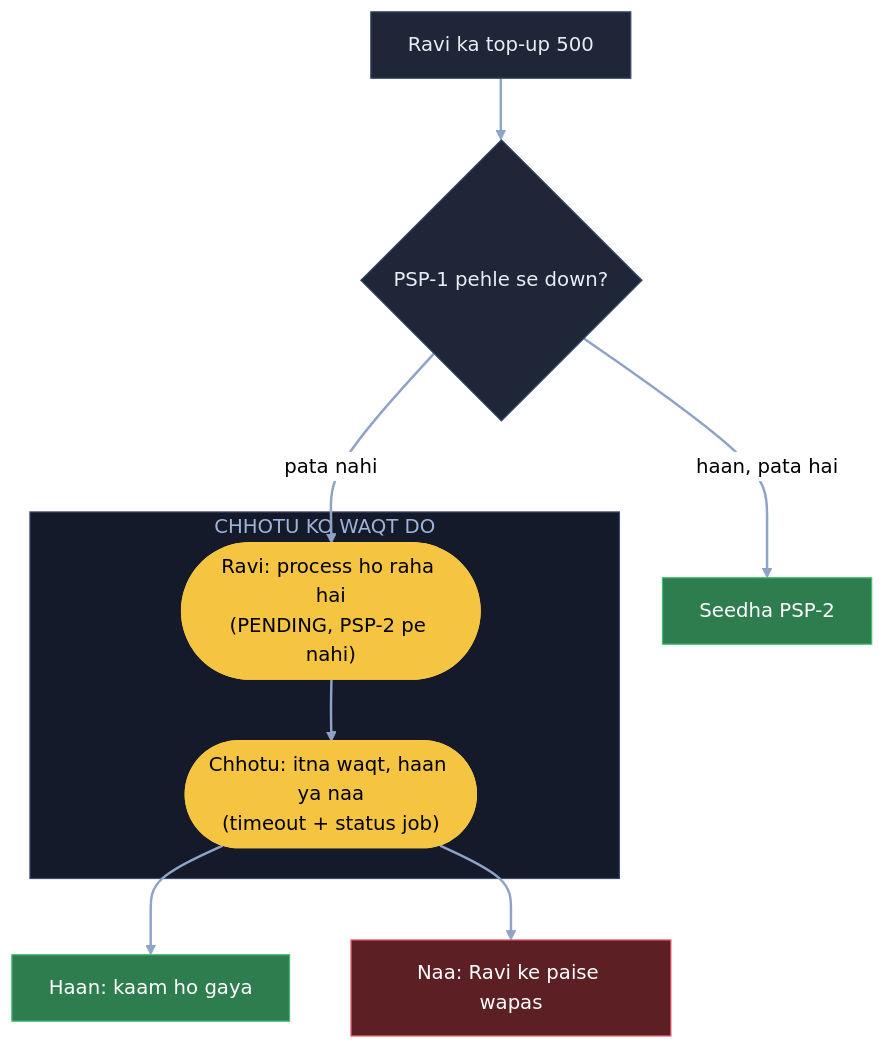
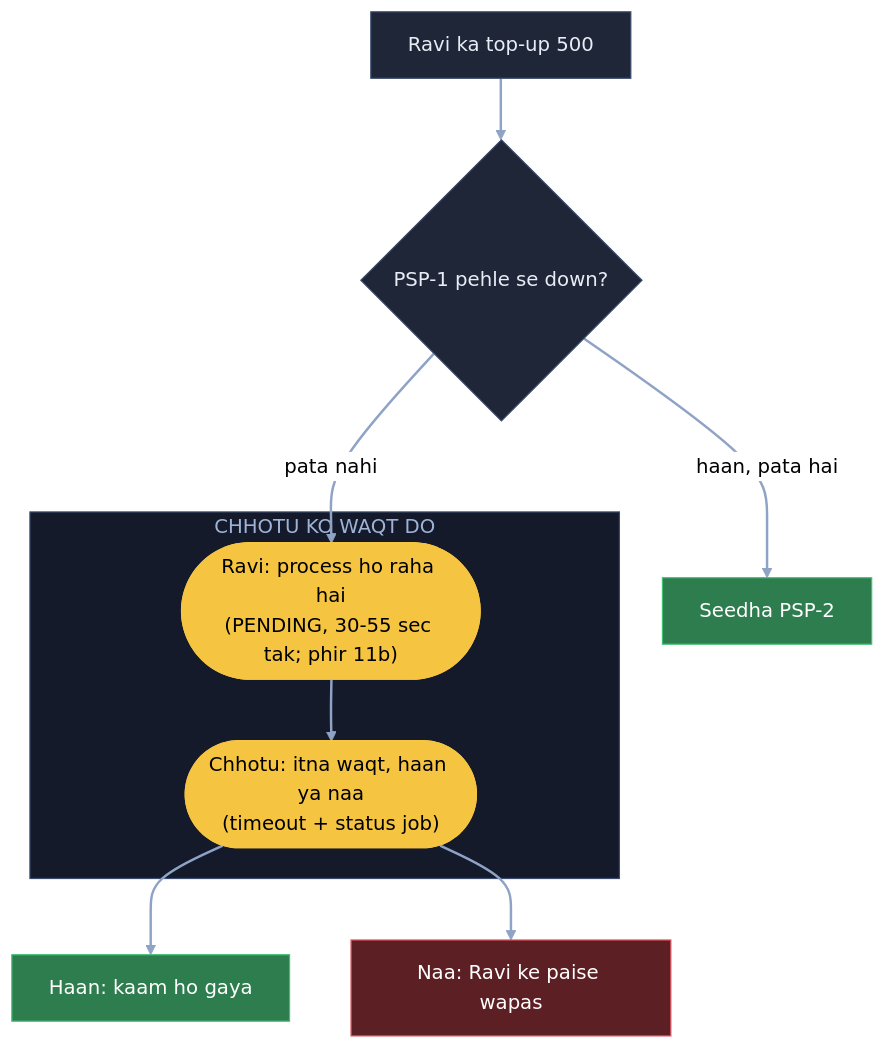
Before and after one commit to ArpanMaheshwari144/Prep: diagram 11 of 11 in 04_HLD/SYSTEM_DESIGNS/06_payment_system/06_payment_system.md, drawn with Mermaid (neutral theme). The commit also changed other lines of this file and 13 other files, not shown here.

````diff
--- a/04_HLD/SYSTEM_DESIGNS/06_payment_system/06_payment_system.md
+++ b/04_HLD/SYSTEM_DESIGNS/06_payment_system/06_payment_system.md
@@ -356,24 +357,24 @@
 ```mermaid
 flowchart TB
     R["Ravi ka top-up 500"]:::card
     CB{"PSP-1 pehle se down?"}:::card
     P2["Seedha PSP-2"]:::good
     subgraph CH["CHHOTU KO WAQT DO"]
-        PD(["Ravi: process ho raha hai<br/>(PENDING, PSP-2 pe nahi)"]):::pill
+        PD(["Ravi: process ho raha hai<br/>(PENDING, 30-55 sec tak; phir 11b)"]):::pill
         J(["Chhotu: itna waqt, haan ya naa<br/>(timeout + status job)"]):::pill
     end
     OK["Haan: kaam ho gaya"]:::good
     NA["Naa: Ravi ke paise wapas"]:::bad
     R --> CB
     CB -- "haan, pata hai" --> P2
     CB -- "pata nahi" --> PD
     PD --> J
     J --> OK
     J --> NA
     linkStyle default stroke:#8fa3c7,stroke-width:2px
     classDef card fill:#1e2638,stroke:#3a4a6b,color:#e8ecf5
     classDef pill fill:#f5c542,stroke:#f5c542,color:#000
     classDef good fill:#2e7d4f,stroke:#3fbf6f,color:#fff
     classDef bad fill:#5c1f24,stroke:#e05561,color:#fff
     style CH fill:#141a29,stroke:#3a4a6b,color:#9fb3d9
 ```
````
